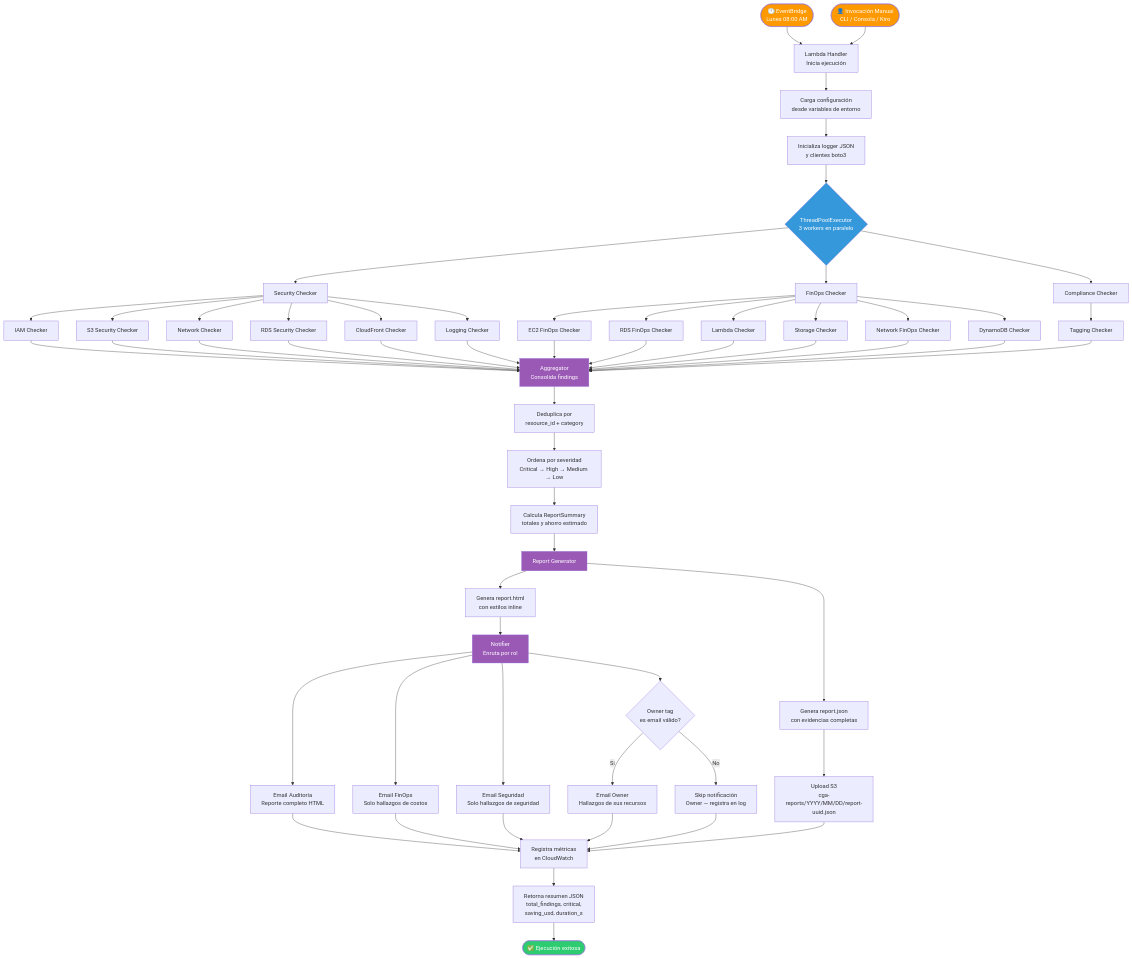
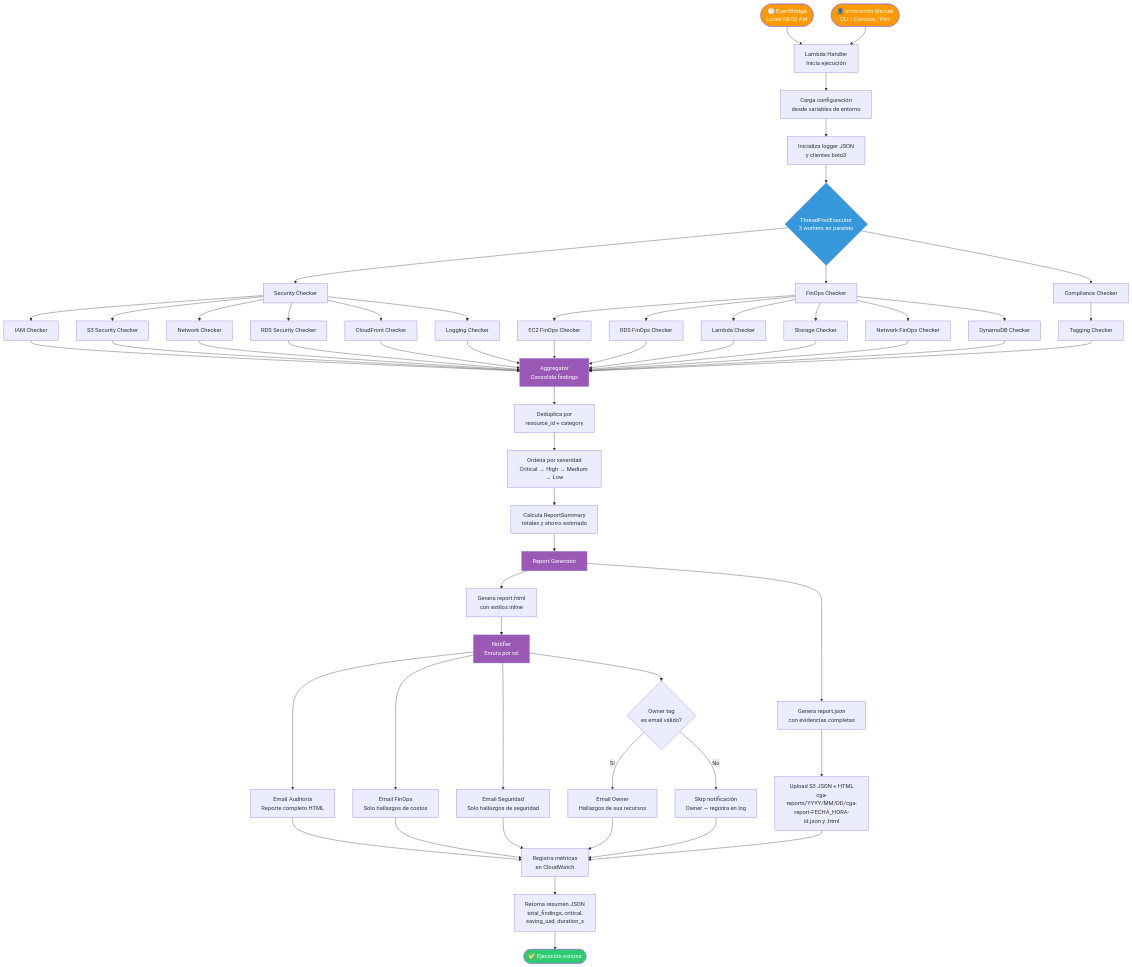
One commit to marcelinero/cloud-governance-agent changed the first of 3 diagrams in docs/diagrams/execution-flow.md. Above: the diagram before and after it, drawn with Mermaid. The commit also changed 5 other files, not shown here.

````diff
--- a/docs/diagrams/execution-flow.md
+++ b/docs/diagrams/execution-flow.md
@@ -9,68 +9,68 @@
 ```mermaid
 flowchart TD
     A([🕐 EventBridge\nLunes 08:00 AM]) --> C
     B([👤 Invocación Manual\nCLI / Consola / Kiro]) --> C
 
     C[Lambda Handler\nInicia ejecución] --> D[Carga configuración\ndesde variables de entorno]
     D --> E[Inicializa logger JSON\ny clientes boto3]
 
     E --> F{ThreadPoolExecutor\n3 workers en paralelo}
 
     F --> G[Security Checker]
     F --> H[FinOps Checker]
     F --> I[Compliance Checker]
 
     G --> G1[IAM Checker]
     G --> G2[S3 Security Checker]
     G --> G3[Network Checker]
     G --> G4[RDS Security Checker]
     G --> G5[CloudFront Checker]
     G --> G6[Logging Checker]
 
     H --> H1[EC2 FinOps Checker]
     H --> H2[RDS FinOps Checker]
     H --> H3[Lambda Checker]
     H --> H4[Storage Checker]
     H --> H5[Network FinOps Checker]
     H --> H6[DynamoDB Checker]
 
     I --> I1[Tagging Checker]
 
     G1 & G2 & G3 & G4 & G5 & G6 --> J
     H1 & H2 & H3 & H4 & H5 & H6 --> J
     I1 --> J
 
     J[Aggregator\nConsolida findings] --> K[Deduplica por\nresource_id + category]
     K --> L[Ordena por severidad\nCritical → High → Medium → Low]
     L --> M[Calcula ReportSummary\ntotales y ahorro estimado]
 
     M --> N[Report Generator]
     N --> O[Genera report.json\ncon evidencias completas]
     N --> P[Genera report.html\ncon estilos inline]
 
-    O --> Q[Upload S3\ncga-reports/YYYY/MM/DD/report-uuid.json]
+    O --> Q[Upload S3 JSON + HTML\ncga-reports/YYYY/MM/DD/cga-report-FECHA_HORA-id.json y .html]
 
     P --> R[Notifier\nEnruta por rol]
 
     R --> S[Email Auditoría\nReporte completo HTML]
     R --> T[Email FinOps\nSolo hallazgos de costos]
     R --> U[Email Seguridad\nSolo hallazgos de seguridad]
     R --> V{Owner tag\nes email válido?}
     V -->|Sí| W[Email Owner\nHallazgos de sus recursos]
     V -->|No| X[Skip notificación\nOwner — registra en log]
 
     S & T & U & W & X --> Y[Registra métricas\nen CloudWatch]
     Q --> Y
 
     Y --> Z[Retorna resumen JSON\ntotal_findings, critical,\nsaving_usd, duration_s]
 
     Z --> AA([✅ Ejecución exitosa])
 
     style A fill:#FF9900,color:#fff
     style B fill:#FF9900,color:#fff
     style AA fill:#2ecc71,color:#fff
     style F fill:#3498db,color:#fff
     style J fill:#9b59b6,color:#fff
     style N fill:#9b59b6,color:#fff
     style R fill:#9b59b6,color:#fff
 ```
````
